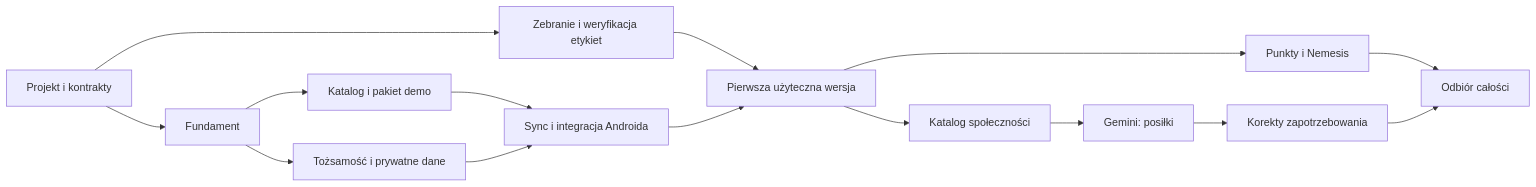
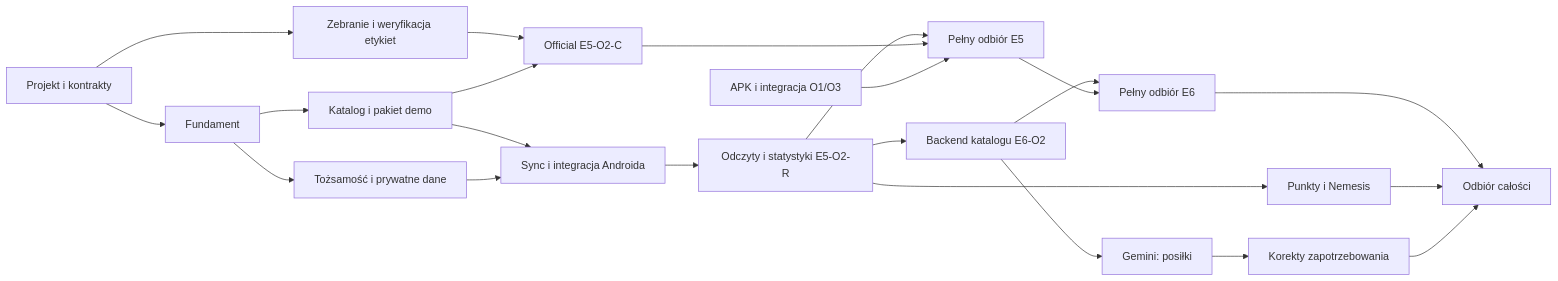
The diagram in docs/PLAN_PRAC.md (Roseru/aplikacja-mobilna), drawn with Mermaid before and after one commit. The commit also changed other lines of this file and 6 other files, not shown here.

````diff
--- a/docs/PLAN_PRAC.md
+++ b/docs/PLAN_PRAC.md
@@ -43,17 +45,24 @@
 ```mermaid
 flowchart LR
     E0[Projekt i kontrakty] --> E1[Fundament]
     E1 --> E2[Katalog i pakiet demo]
     E1 --> E3[Tożsamość i prywatne dane]
     E2 --> E4[Sync i integracja Androida]
     E3 --> E4
     E0 --> Sources[Zebranie i weryfikacja etykiet]
-    Sources --> E5[Pierwsza użyteczna wersja]
-    E4 --> E5
-    E5 --> E6[Katalog społeczności]
+    Sources --> E5C[Official E5-O2-C]
+    E2 --> E5C
+    E4 --> E5[Odczyty i statystyki E5-O2-R]
+    E5 --> E5Full[Pełny odbiór E5]
+    E5C --> E5Full
+    Team[APK i integracja O1/O3] --> E5Full
+    E5 --> E6[Backend katalogu E6-O2]
+    E6 --> E6Full[Pełny odbiór E6]
+    E5Full --> E6Full
     E6 --> E7[Gemini: posiłki]
     E5 --> E8[Punkty i Nemesis]
     E7 --> E9[Korekty zapotrzebowania]
-    E8 --> E10[Odbiór całości]
+    E6Full --> E10[Odbiór całości]
+    E8 --> E10
     E9 --> E10
 ```
````
